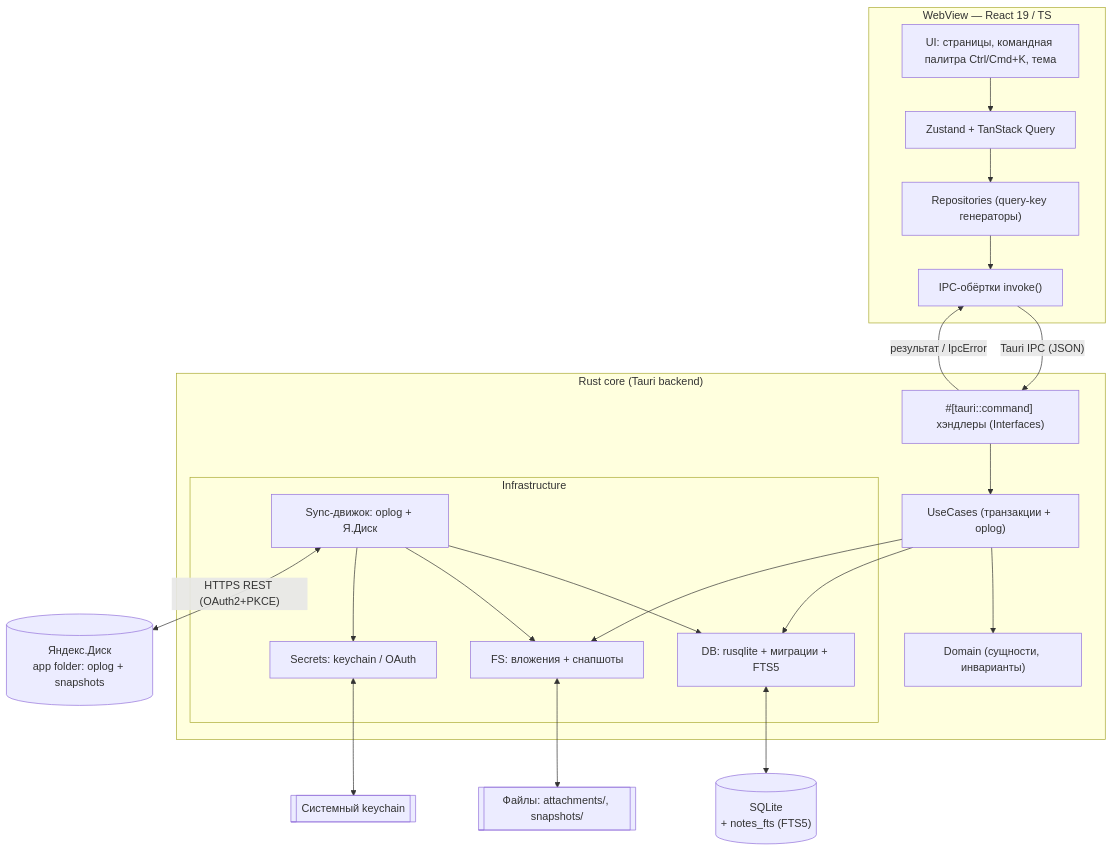
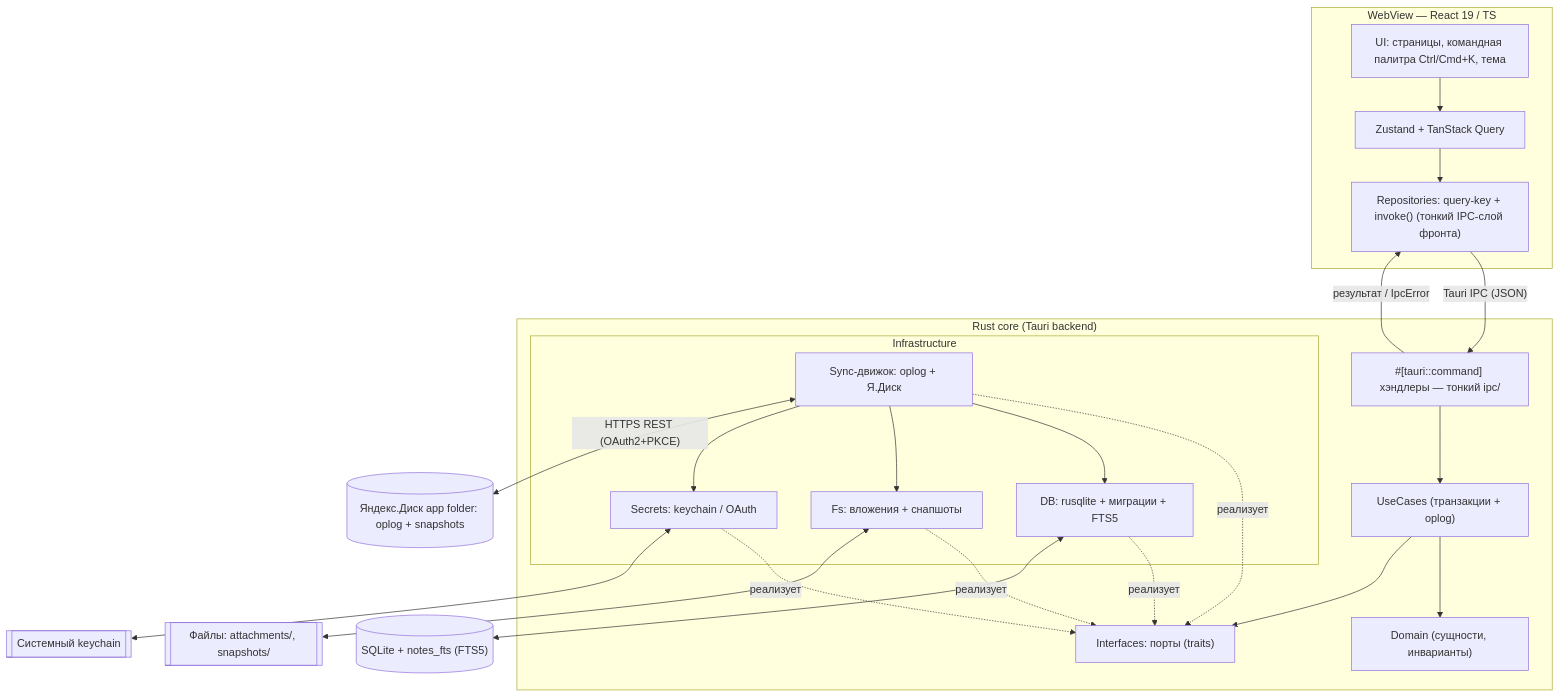
Before and after one commit to Mafiozist/Mafiozist: the first of 4 diagrams in DevNotes/docs/04-ARCHITECTURE.md, drawn with Mermaid. The commit also changed other lines of this file and 9 other files, not shown here.

````diff
--- a/DevNotes/docs/04-ARCHITECTURE.md
+++ b/DevNotes/docs/04-ARCHITECTURE.md
@@ -110,36 +127,40 @@
 ```mermaid
 flowchart TB
     subgraph WV["WebView — React 19 / TS"]
         UI["UI: страницы, командная палитра Ctrl/Cmd+K, тема"]
         STATE["Zustand + TanStack Query"]
-        REPO["Repositories (query-key генераторы)"]
-        IPCTS["IPC-обёртки invoke()"]
-        UI --> STATE --> REPO --> IPCTS
+        REPO["Repositories: query-key + invoke() (тонкий IPC-слой фронта)"]
+        UI --> STATE --> REPO
     end
 
     subgraph CORE["Rust core (Tauri backend)"]
-        CMD["#[tauri::command] хэндлеры (Interfaces)"]
+        IPC["#[tauri::command] хэндлеры — тонкий ipc/"]
         UC["UseCases (транзакции + oplog)"]
+        INT["Interfaces: порты (traits)"]
         DOM["Domain (сущности, инварианты)"]
         subgraph INFRA["Infrastructure"]
             DB["DB: rusqlite + миграции + FTS5"]
             SYNC["Sync-движок: oplog + Я.Диск"]
-            FS["FS: вложения + снапшоты"]
+            FS["Fs: вложения + снапшоты"]
             SEC["Secrets: keychain / OAuth"]
         end
-        CMD --> UC --> DOM
-        UC --> DB
-        UC --> FS
+        IPC --> UC
+        UC --> DOM
+        UC --> INT
+        DB -. "реализует" .-> INT
+        SYNC -. "реализует" .-> INT
+        FS -. "реализует" .-> INT
+        SEC -. "реализует" .-> INT
         SYNC --> DB
         SYNC --> FS
         SYNC --> SEC
     end
 
-    IPCTS -- "Tauri IPC (JSON)" --> CMD
-    CMD -- "результат / IpcError" --> IPCTS
+    REPO -- "Tauri IPC (JSON)" --> IPC
+    IPC -- "результат / IpcError" --> REPO
 
-    DB <--> SQLITE[("SQLite\n+ notes_fts (FTS5)")]
+    DB <--> SQLITE[("SQLite + notes_fts (FTS5)")]
     FS <--> DISK[["Файлы: attachments/, snapshots/"]]
-    SYNC <-- "HTTPS REST (OAuth2+PKCE)" --> YD[("Яндекс.Диск\napp folder: oplog + snapshots")]
+    SYNC <-- "HTTPS REST (OAuth2+PKCE)" --> YD[("Яндекс.Диск app folder: oplog + snapshots")]
     SEC <--> KC[["Системный keychain"]]
 ```
````
